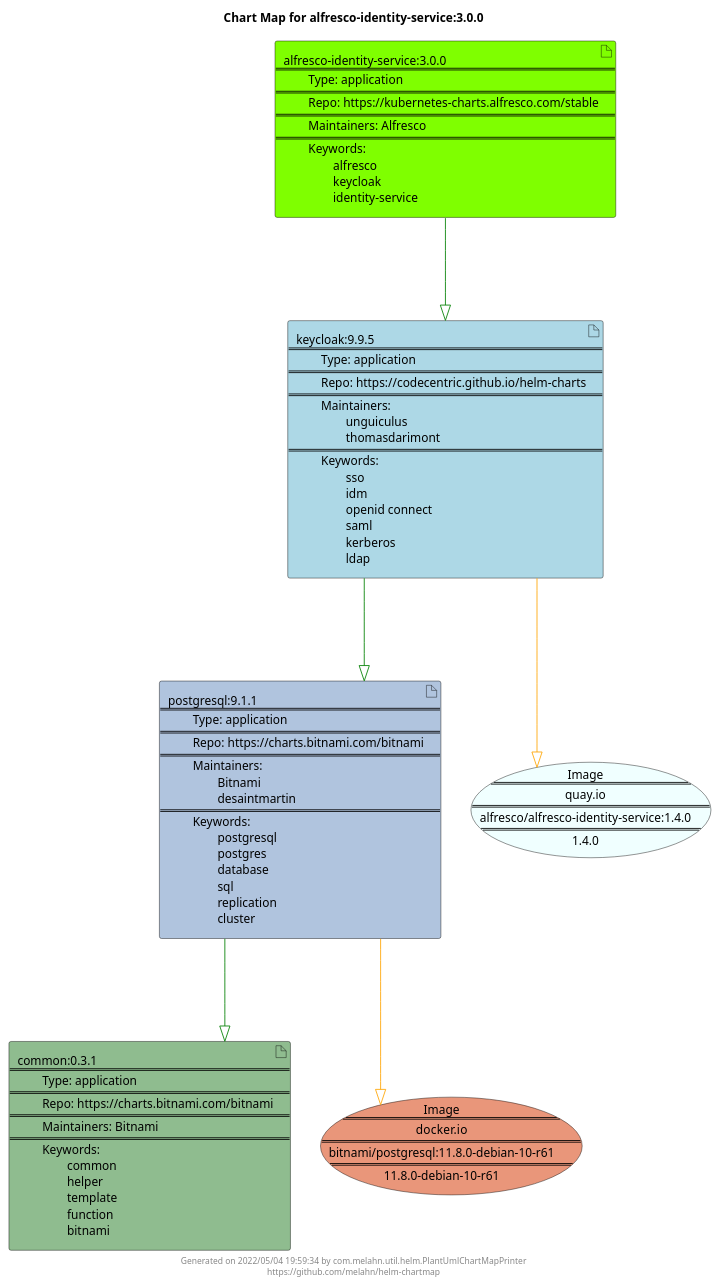
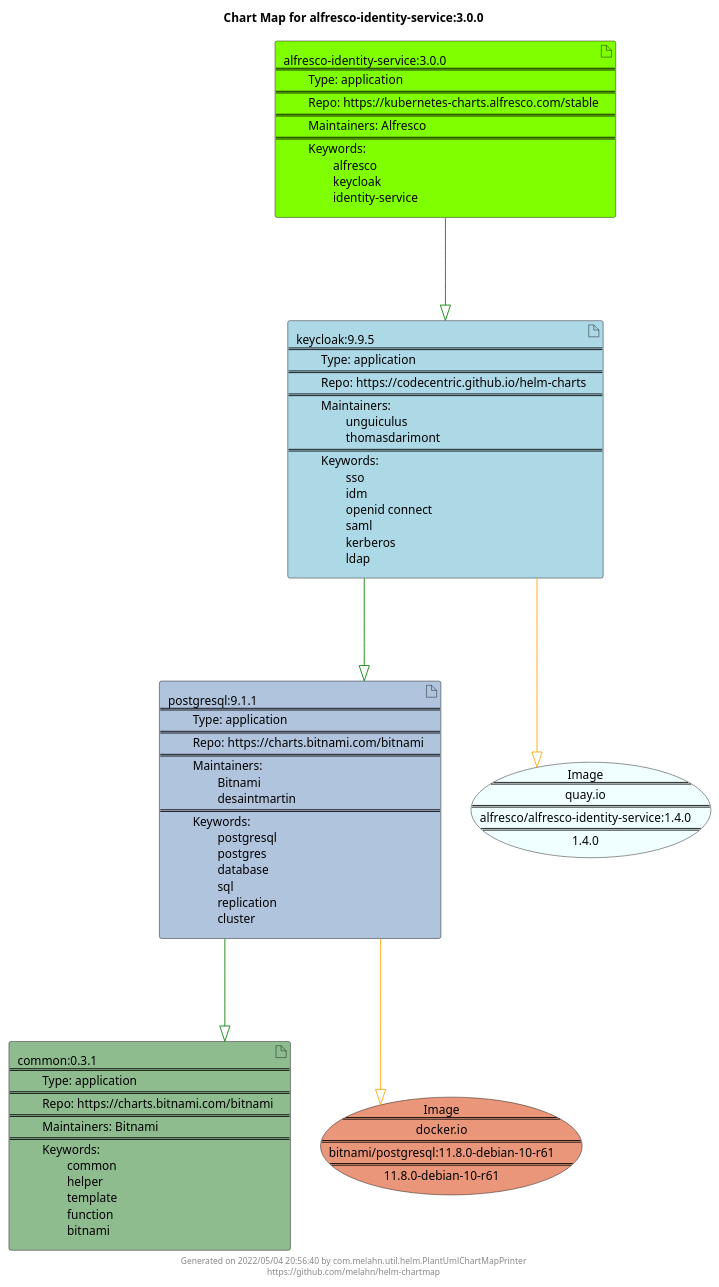
The diagram in docs/alfresco-identity-service/alfresco-identity-service-3.0.0.puml (melahn/helm-chartmap), drawn with PlantUML before and after one commit. The commit also changed 68 other files, not shown here.

Commit message:
Update Example Chart Maps as part of GitHub build

```diff
--- a/docs/alfresco-identity-service/alfresco-identity-service-3.0.0.puml
+++ b/docs/alfresco-identity-service/alfresco-identity-service-3.0.0.puml
@@ -1,29 +1,29 @@
 @startuml
 skinparam linetype ortho
 skinparam backgroundColor white
 skinparam usecaseBorderColor black
 skinparam usecaseArrowColor LightSlateGray
 skinparam artifactBorderColor black
 skinparam artifactArrowColor LightSlateGray
 
 title Chart Map for alfresco-identity-service:3.0.0
 
 'There are 4 referenced Helm Charts
 artifact "postgresql:9.1.1\n====\n\tType: application\n====\n\tRepo: https://charts.bitnami.com/bitnami\n====\n\tMaintainers: \n\t\tBitnami\n\t\tdesaintmartin\n====\n\tKeywords: \n\t\tpostgresql\n\t\tpostgres\n\t\tdatabase\n\t\tsql\n\t\treplication\n\t\tcluster" as postgresql_9_1_1 #LightSteelBlue
 artifact "alfresco-identity-service:3.0.0\n====\n\tType: application\n====\n\tRepo: https://kubernetes-charts.alfresco.com/stable\n====\n\tMaintainers: Alfresco\n====\n\tKeywords: \n\t\talfresco\n\t\tkeycloak\n\t\tidentity-service" as alfresco_identity_service_3_0_0 #Chartreuse
 artifact "keycloak:9.9.5\n====\n\tType: application\n====\n\tRepo: https://codecentric.github.io/helm-charts\n====\n\tMaintainers: \n\t\tunguiculus\n\t\tthomasdarimont\n====\n\tKeywords: \n\t\tsso\n\t\tidm\n\t\topenid connect\n\t\tsaml\n\t\tkerberos\n\t\tldap" as keycloak_9_9_5 #LightBlue
 artifact "common:0.3.1\n====\n\tType: application\n====\n\tRepo: https://charts.bitnami.com/bitnami\n====\n\tMaintainers: Bitnami\n====\n\tKeywords: \n\t\tcommon\n\t\thelper\n\t\ttemplate\n\t\tfunction\n\t\tbitnami" as common_0_3_1 #DarkSeaGreen
 
 'There are 2 referenced Docker Images
 usecase "Image\n====\ndocker.io\n====\nbitnami/postgresql:11.8.0-debian-10-r61\n====\n11.8.0-debian-10-r61" as docker_io_bitnami_postgresql_11_8_0_debian_10_r61 #DarkSalmon
 usecase "Image\n====\nquay.io\n====\nalfresco/alfresco-identity-service:1.4.0\n====\n1.4.0" as quay_io_alfresco_alfresco_identity_service_1_4_0 #Azure
 
 'Chart Dependencies
 alfresco_identity_service_3_0_0--[#green]-|>keycloak_9_9_5
 keycloak_9_9_5--[#green]-|>postgresql_9_1_1
 postgresql_9_1_1--[#green]-|>common_0_3_1
 postgresql_9_1_1--[#orange]-|>docker_io_bitnami_postgresql_11_8_0_debian_10_r61
 keycloak_9_9_5--[#orange]-|>quay_io_alfresco_alfresco_identity_service_1_4_0
 
-center footer Generated on 2022/05/04 19:59:34 by com.melahn.util.helm.PlantUmlChartMapPrinter\nhttps://github.com/melahn/helm-chartmap
+center footer Generated on 2022/05/04 20:56:40 by com.melahn.util.helm.PlantUmlChartMapPrinter\nhttps://github.com/melahn/helm-chartmap
 @enduml
```
